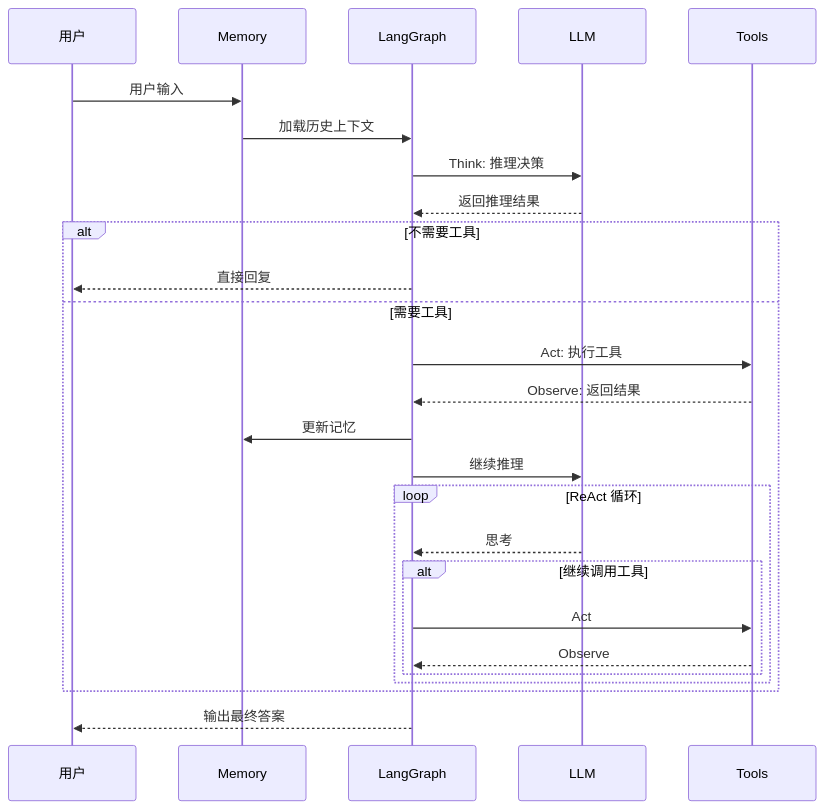
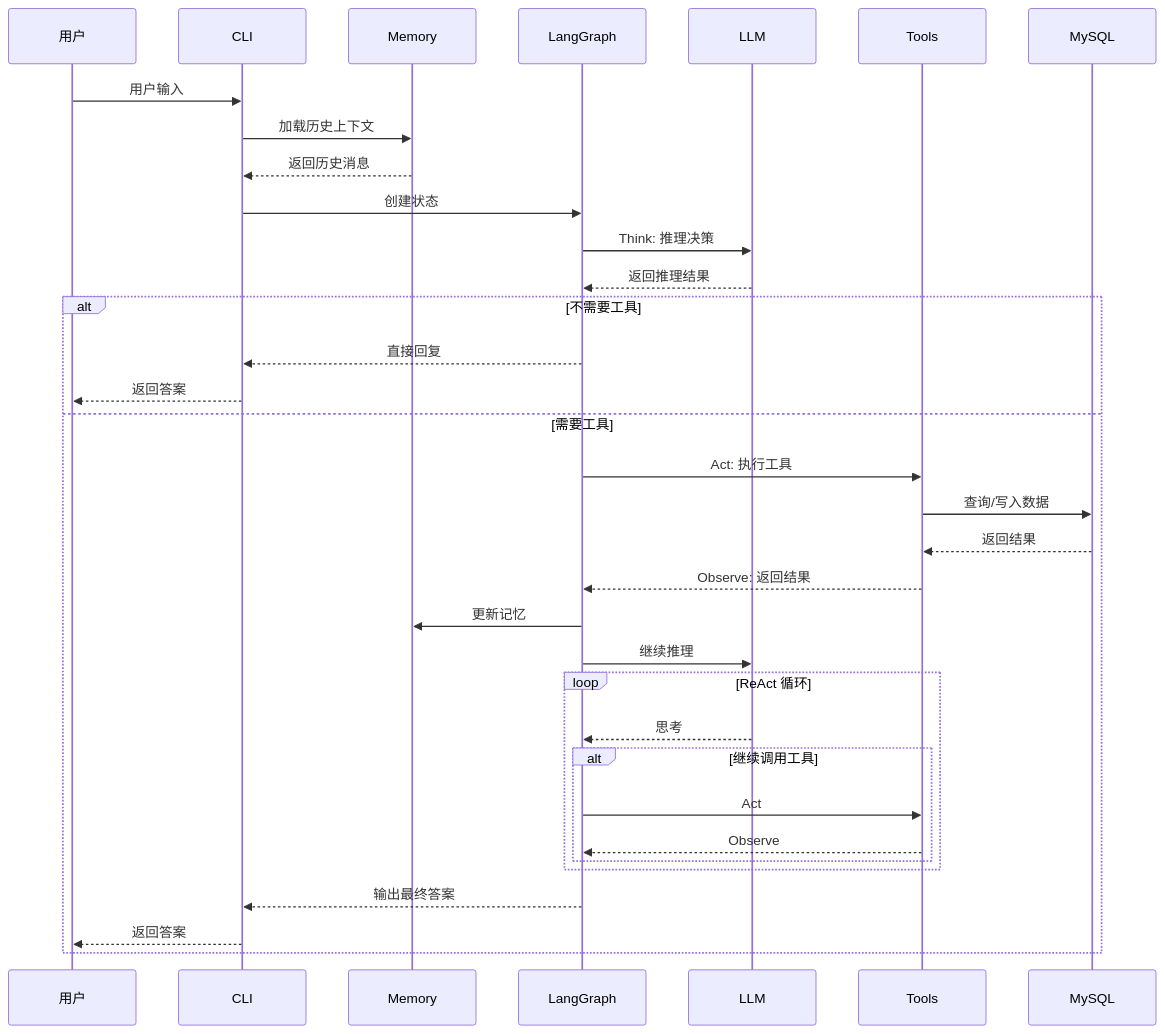
One commit to chain-engine/x-langchain changed the second of 3 diagrams in README.md. Above: the diagram before and after it, drawn with Mermaid. The commit also changed other lines of this file and 1 other file, not shown here.

````diff
--- a/README.md
+++ b/README.md
@@ -235,29 +250,37 @@
 ```mermaid
 sequenceDiagram
     participant U as 用户
-    participant M as Memory
+    participant CLI as CLI
+    participant MM as Memory
     participant G as LangGraph
     participant L as LLM
     participant T as Tools
+    participant DB as MySQL
 
-    U->>M: 用户输入
-    M->>G: 加载历史上下文
+    U->>CLI: 用户输入
+    CLI->>MM: 加载历史上下文
+    MM-->>CLI: 返回历史消息
+    CLI->>G: 创建状态
     G->>L: Think: 推理决策
     L-->>G: 返回推理结果
     alt 不需要工具
-        G-->>U: 直接回复
+        G-->>CLI: 直接回复
+        CLI-->>U: 返回答案
     else 需要工具
         G->>T: Act: 执行工具
+        T->>DB: 查询/写入数据
+        DB-->>T: 返回结果
         T-->>G: Observe: 返回结果
-        G->>M: 更新记忆
+        G->>MM: 更新记忆
         G->>L: 继续推理
         loop ReAct 循环
             L-->>G: 思考
             alt 继续调用工具
                 G->>T: Act
                 T-->>G: Observe
             end
         end
+        G-->>CLI: 输出最终答案
+        CLI-->>U: 返回答案
     end
-    G-->>U: 输出最终答案
 ```
````
